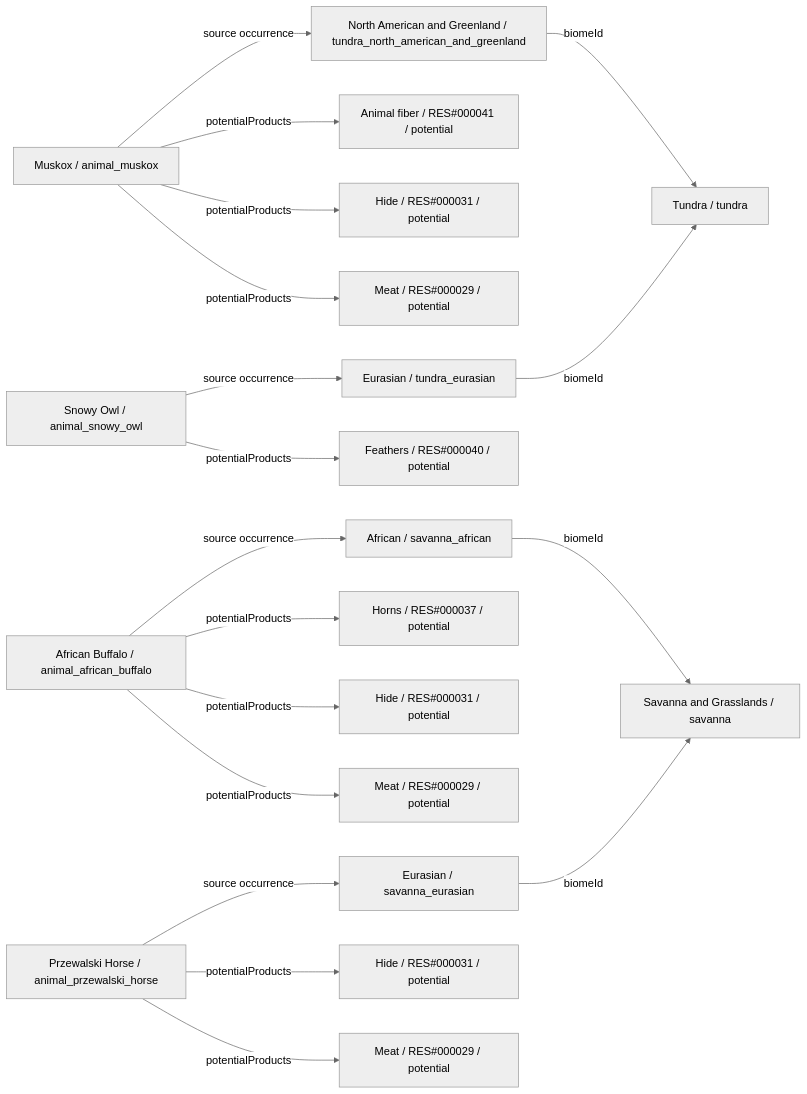
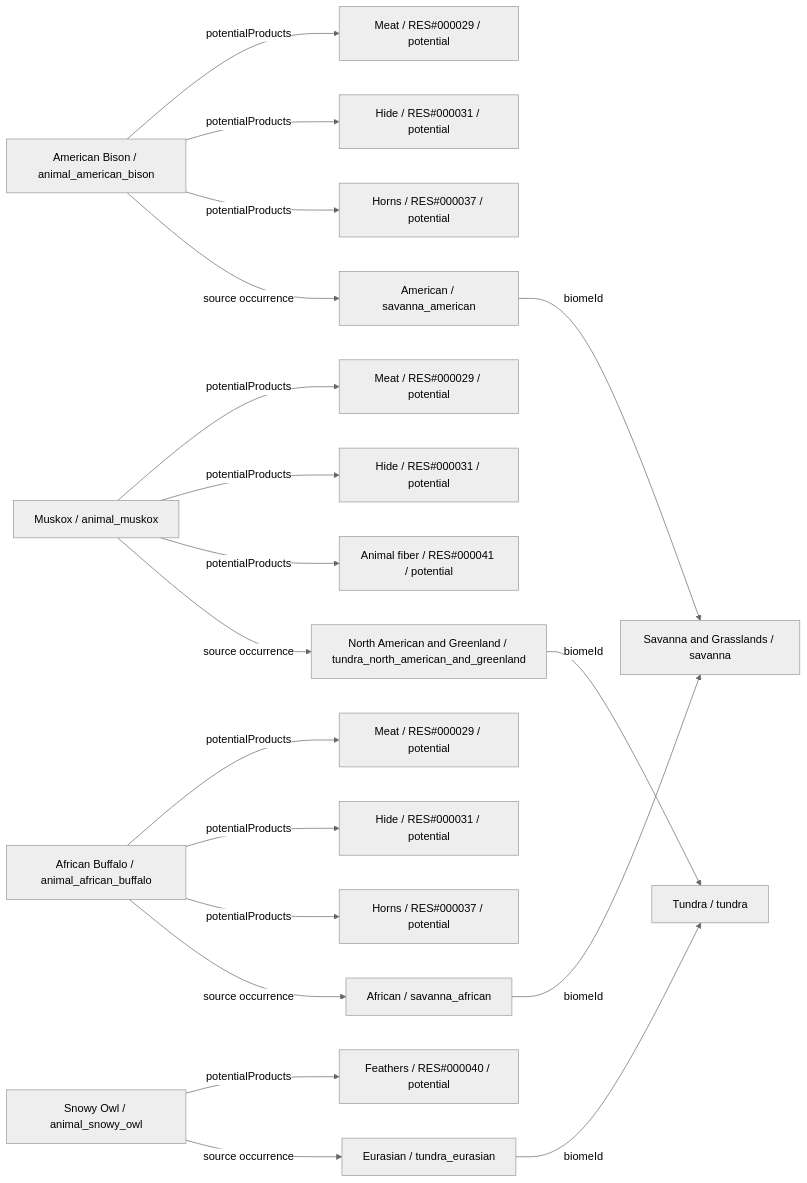
Before and after one commit to fgabo404/EvolveDoc: the third of 26 diagrams in data/animals/DIAGRAMS.md, drawn with Mermaid (neutral theme). The commit also changed other lines of this file and 59 other files, not shown here.

````diff
--- a/data/animals/DIAGRAMS.md
+++ b/data/animals/DIAGRAMS.md
@@ -276,39 +208,41 @@
 ```mermaid
 flowchart LR
-    c0["Muskox / animal_muskox"]
+    c0["American Bison / animal_american_bison"]
+    v12["American / savanna_american"]
+    b3["Savanna and Grasslands / savanna"]
+    o0_0["Meat / RES#000029 / potential"]
+    o0_1["Hide / RES#000031 / potential"]
+    o0_2["Horns / RES#000037 / potential"]
+    c1["Muskox / animal_muskox"]
     v8["North American and Greenland / tundra_north_american_and_greenland"]
     b2["Tundra / tundra"]
-    o0_0["Meat / RES#000029 / potential"]
-    o0_1["Hide / RES#000031 / potential"]
-    o0_2["Animal fiber / RES#000041 / potential"]
-    c1["African Buffalo / animal_african_buffalo"]
-    v11["African / savanna_african"]
-    b3["Savanna and Grasslands / savanna"]
     o1_0["Meat / RES#000029 / potential"]
     o1_1["Hide / RES#000031 / potential"]
-    o1_2["Horns / RES#000037 / potential"]
-    c2["Snowy Owl / animal_snowy_owl"]
+    o1_2["Animal fiber / RES#000041 / potential"]
+    c2["African Buffalo / animal_african_buffalo"]
+    v11["African / savanna_african"]
+    o2_0["Meat / RES#000029 / potential"]
+    o2_1["Hide / RES#000031 / potential"]
+    o2_2["Horns / RES#000037 / potential"]
+    c3["Snowy Owl / animal_snowy_owl"]
     v9["Eurasian / tundra_eurasian"]
-    o2_0["Feathers / RES#000040 / potential"]
-    c3["Przewalski Horse / animal_przewalski_horse"]
-    v13["Eurasian / savanna_eurasian"]
-    o3_0["Meat / RES#000029 / potential"]
-    o3_1["Hide / RES#000031 / potential"]
+    o3_0["Feathers / RES#000040 / potential"]
     c0 -->|potentialProducts| o0_0
     c0 -->|potentialProducts| o0_1
     c0 -->|potentialProducts| o0_2
-    c0 -->|source occurrence| v8
+    c0 -->|source occurrence| v12
     c1 -->|potentialProducts| o1_0
     c1 -->|potentialProducts| o1_1
     c1 -->|potentialProducts| o1_2
-    c1 -->|source occurrence| v11
+    c1 -->|source occurrence| v8
     c2 -->|potentialProducts| o2_0
-    c2 -->|source occurrence| v9
+    c2 -->|potentialProducts| o2_1
+    c2 -->|potentialProducts| o2_2
+    c2 -->|source occurrence| v11
     c3 -->|potentialProducts| o3_0
-    c3 -->|potentialProducts| o3_1
-    c3 -->|source occurrence| v13
+    c3 -->|source occurrence| v9
     v11 -->|biomeId| b3
-    v13 -->|biomeId| b3
+    v12 -->|biomeId| b3
     v8 -->|biomeId| b2
     v9 -->|biomeId| b2
 ```
````
